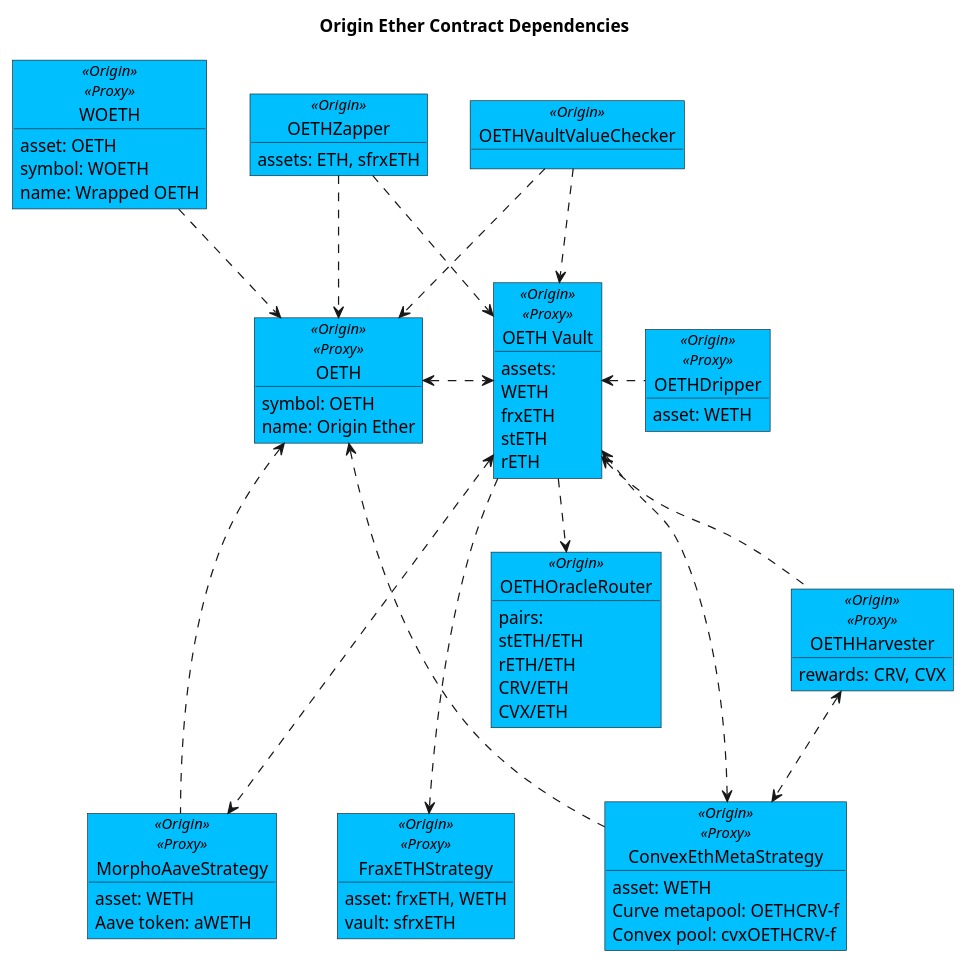
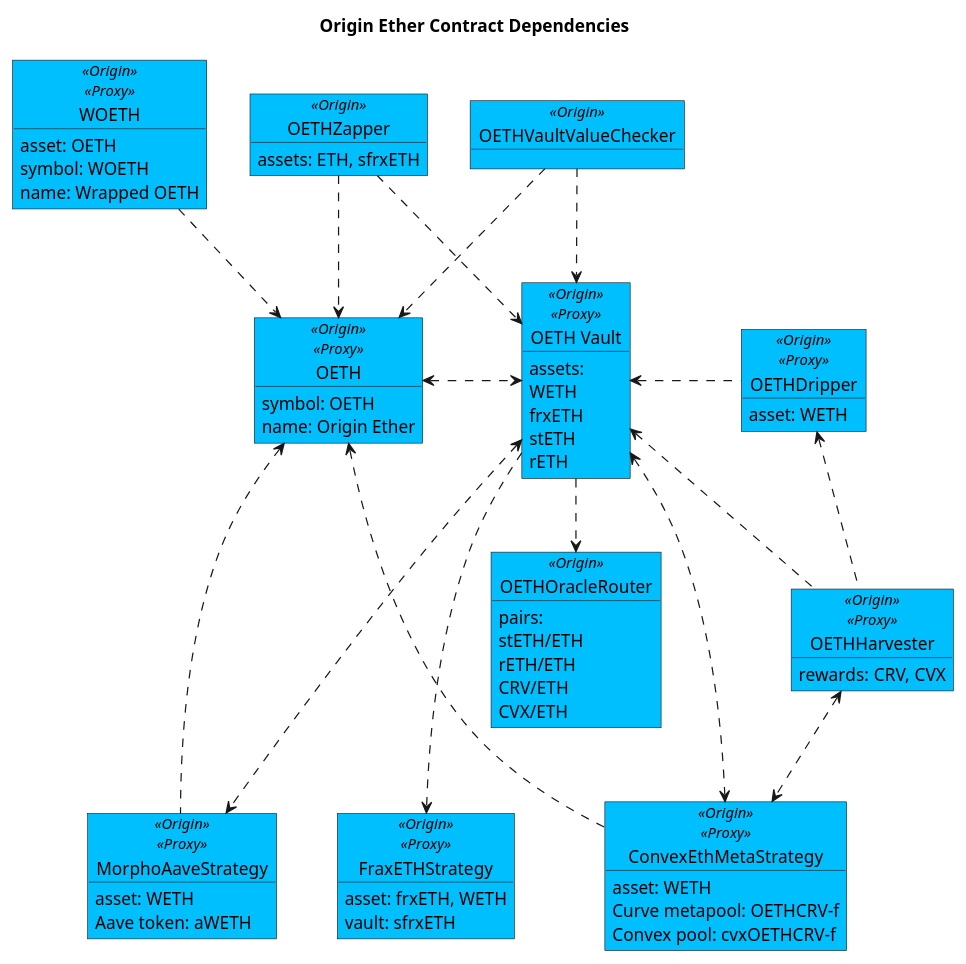
One commit to OriginProtocol/origin-dollar changed the diagram in contracts/docs/plantuml/oethContracts.puml. Above: the diagram before and after it, drawn with PlantUML. The commit also changed 1 other file, not shown here.

```diff
--- a/contracts/docs/plantuml/oethContracts.puml
+++ b/contracts/docs/plantuml/oethContracts.puml
@@ -157,6 +157,7 @@
 checker ..> oethv
 
 oethv <.. harv 
+drip <.. harv 
 ' harv ...> sushi
 ' harv ...> cvx
 ' harv ...> crv
```
